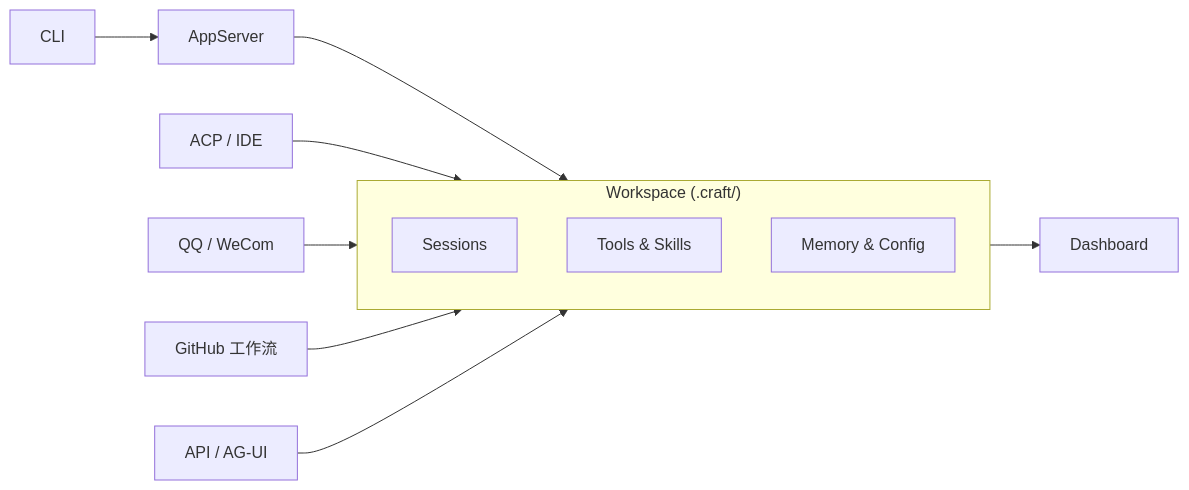
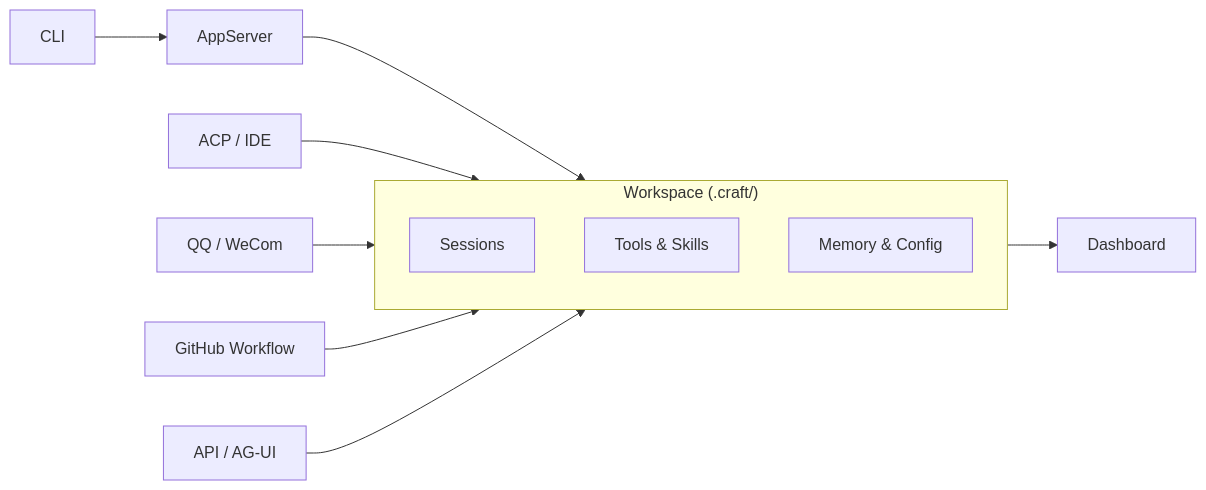
The diagram in README_ZH.md (DotCraftDev/dotcraft), drawn with Mermaid before and after one commit. The commit also changed other lines of this file and 33 other files, not shown here.

First line of the commit message:
Enhance GitHubTracker module with automated PR review lifecycle (#34)

````diff
--- a/README_ZH.md
+++ b/README_ZH.md
@@ -155,25 +108,25 @@
 ```mermaid
 flowchart LR
     Cli["CLI"]
     AppSrv["AppServer"]
     Ide["ACP / IDE"]
     Bots["QQ / WeCom"]
-    Workflow["GitHub 工作流"]
+    Workflow["GitHub Workflow"]
     Api["API / AG-UI"]
 
     subgraph Workspace ["Workspace (.craft/)"]
         Sessions["Sessions"]
         Tools["Tools & Skills"]
         Memory["Memory & Config"]
     end
 
     Dashboard["Dashboard"]
 
     Cli --> AppSrv
     AppSrv --> Workspace
     Ide --> Workspace
     Bots --> Workspace
     Workflow --> Workspace
     Api --> Workspace
     Workspace --> Dashboard
 ```
````
